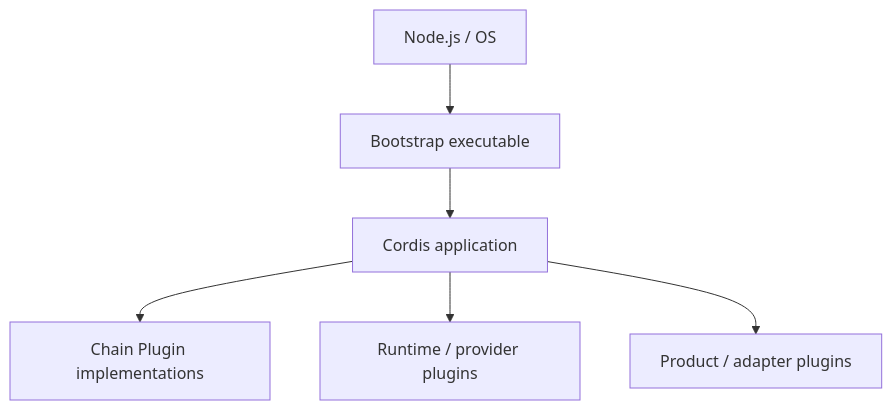
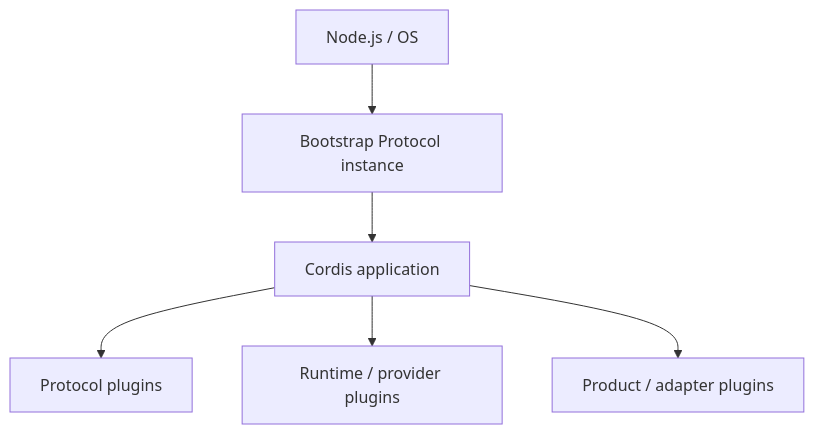
One commit to labourchain/repository changed the first of 4 diagrams in docs/architecture.md. Above: the diagram before and after it, drawn with Mermaid. The commit also changed other lines of this file, not shown here.

Commit message:
docs: restore accepted Protocol architecture

````diff
--- a/docs/architecture.md
+++ b/docs/architecture.md
@@ -33,15 +33,15 @@
 ```mermaid
 flowchart TD
     OS["Node.js / OS"]
-    Bootstrap["Bootstrap executable"]
+    Bootstrap["Bootstrap Protocol instance"]
     Cordis["Cordis application"]
-    Chain["Chain Plugin implementations"]
+    Protocols["Protocol plugins"]
     Runtime["Runtime / provider plugins"]
     Products["Product / adapter plugins"]
 
     OS --> Bootstrap
     Bootstrap --> Cordis
-    Cordis --> Chain
+    Cordis --> Protocols
     Cordis --> Runtime
     Cordis --> Products
 ```
````
